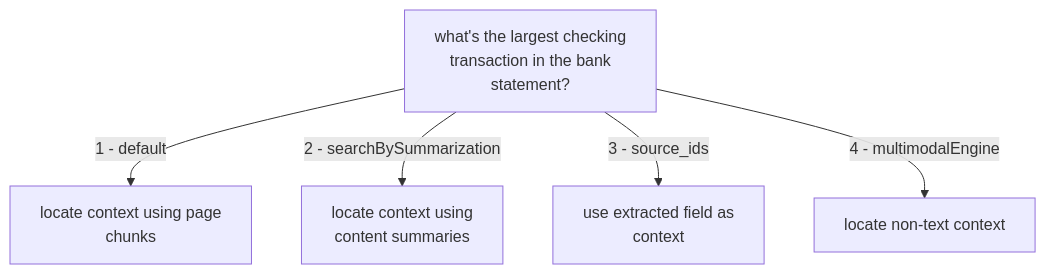
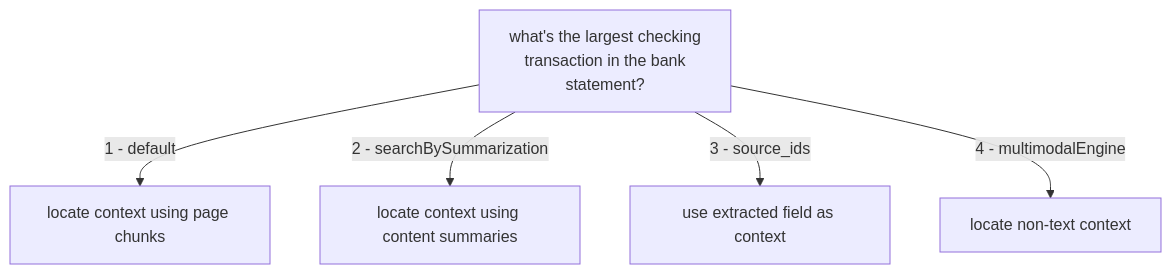
One commit to sensible-hq/sensible-docs changed the diagram in docs/Senseml reference/concepts/prompt.md. Above: the diagram before and after it, drawn with Mermaid.

Commit message:
Update doc `prompt`

````diff
--- a/docs/Senseml reference/concepts/prompt.md
+++ b/docs/Senseml reference/concepts/prompt.md
@@ -27,9 +27,9 @@
 ```mermaid
 flowchart TD
     Q["what's the largest checking\ntransaction in the bank\nstatement?"]
 
-    Q -->|1 - default| A["locate context using page\nchunks"]
-    Q -->|2 - searchBySummarization| B["locate context using\ncontent summaries"]
-    Q -->|3 - source_ids| C["use extracted field as\ncontext"]
+    Q -->|1 - default| A["locate context using page chunks"]
+    Q -->|2 - searchBySummarization| B["locate context using content summaries"]
+    Q -->|3 - source_ids| C["use extracted field as context"]
     Q -->|4 - multimodalEngine| D["locate non-text context"]
 ```
````
